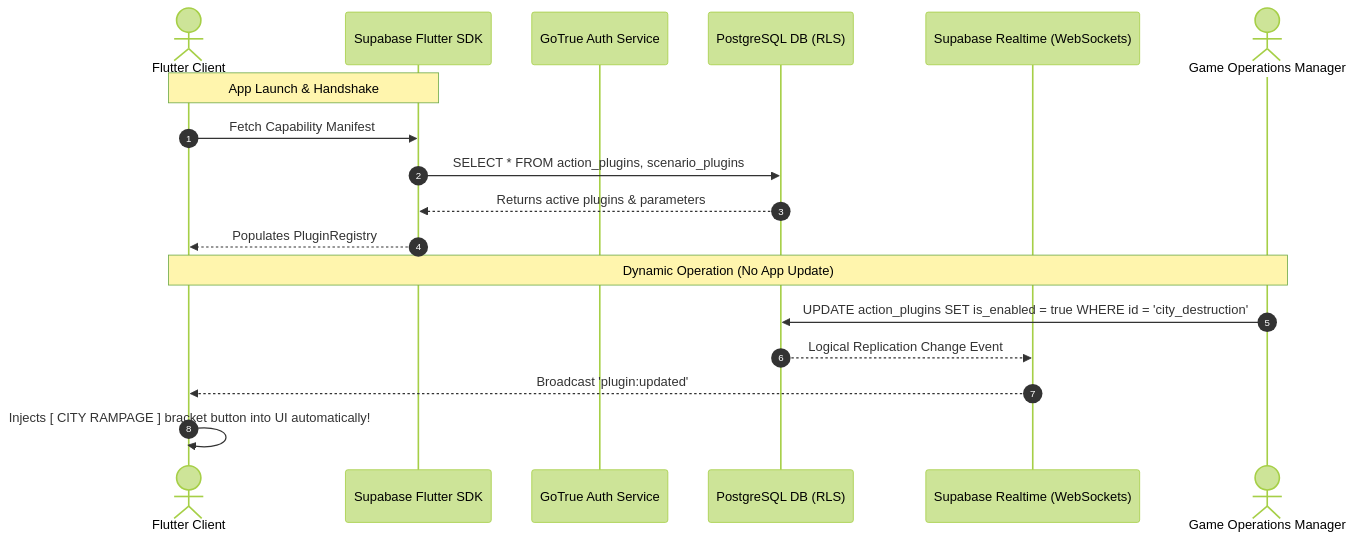
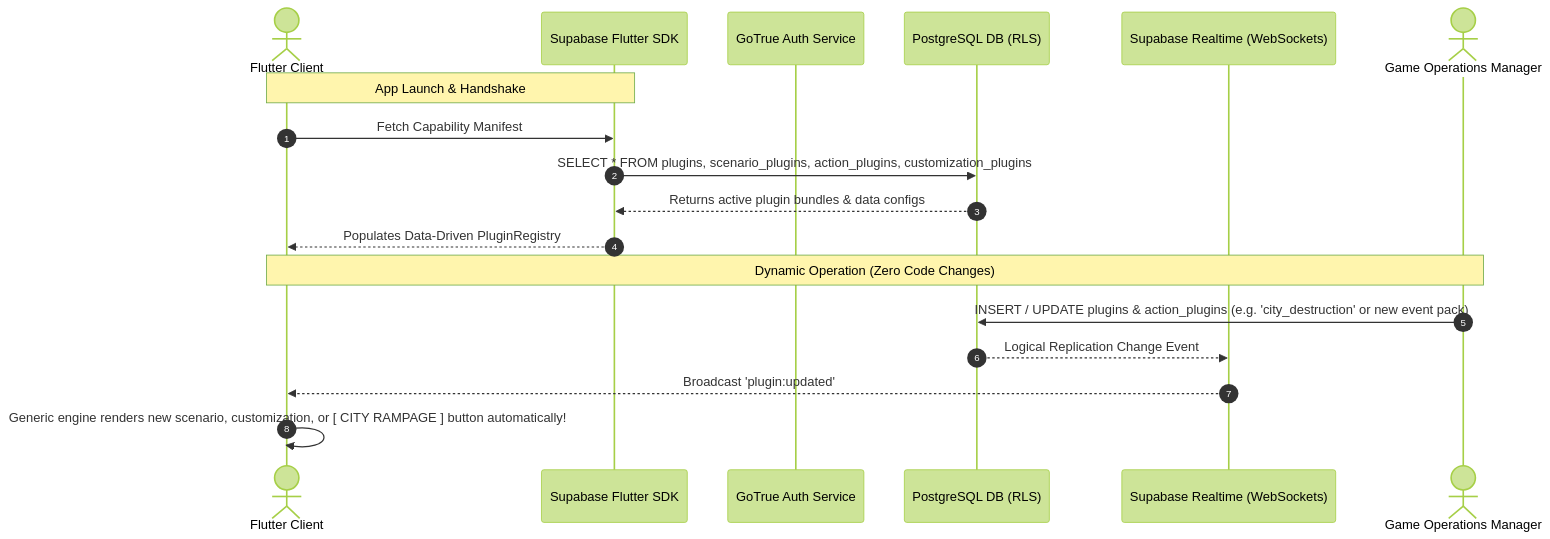
Before and after one commit to TheMrCorvy/HATCH.REF: the diagram in Documentation/Architecture/04-backend-and-realtime.md, drawn with Mermaid (forest theme). The commit also changed other lines of this file and 55 other files, not shown here.

````diff
--- a/Documentation/Architecture/04-backend-and-realtime.md
+++ b/Documentation/Architecture/04-backend-and-realtime.md
@@ -9,22 +9,22 @@
 ```mermaid
 sequenceDiagram
     autonumber
     actor Player as Flutter Client
     participant ClientSDK as Supabase Flutter SDK
     participant GoTrue as GoTrue Auth Service
     participant Postgres as PostgreSQL DB (RLS)
     participant Realtime as Supabase Realtime (WebSockets)
     actor Manager as Game Operations Manager
 
     Note over Player,ClientSDK: App Launch & Handshake
     Player->>ClientSDK: Fetch Capability Manifest
-    ClientSDK->>Postgres: SELECT * FROM action_plugins, scenario_plugins
-    Postgres-->>ClientSDK: Returns active plugins & parameters
-    ClientSDK-->>Player: Populates PluginRegistry
+    ClientSDK->>Postgres: SELECT * FROM plugins, scenario_plugins, action_plugins, customization_plugins
+    Postgres-->>ClientSDK: Returns active plugin bundles & data configs
+    ClientSDK-->>Player: Populates Data-Driven PluginRegistry
 
-    Note over Manager,Player: Dynamic Operation (No App Update)
-    Manager->>Postgres: UPDATE action_plugins SET is_enabled = true WHERE id = 'city_destruction'
+    Note over Manager,Player: Dynamic Operation (Zero Code Changes)
+    Manager->>Postgres: INSERT / UPDATE plugins & action_plugins (e.g. 'city_destruction' or new event pack)
     Postgres-->>Realtime: Logical Replication Change Event
     Realtime-->>Player: Broadcast 'plugin:updated'
-    Player->>Player: Injects [ CITY RAMPAGE ] bracket button into UI automatically!
+    Player->>Player: Generic engine renders new scenario, customization, or [ CITY RAMPAGE ] button automatically!
 ```
````
